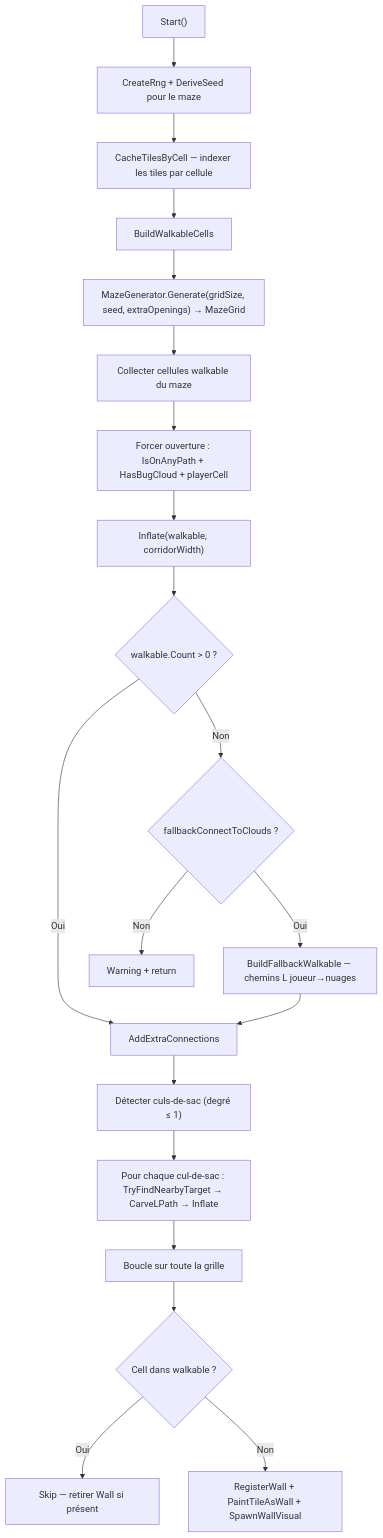
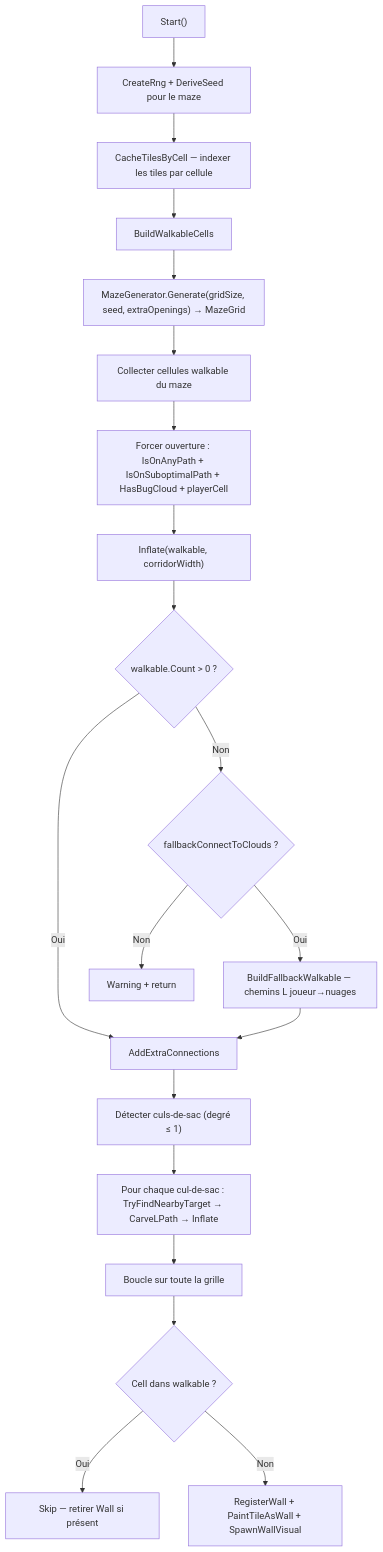
Before and after one commit to PierreChagnon/BUGS: the sixth of 16 diagrams in Docs/TDD.md, drawn with Mermaid. The commit also changed other lines of this file and 9 other files, not shown here.

Commit message:
[SUBOPTIMAL PATH] Implement suboptimal path feature with detour mechanics

````diff
--- a/Docs/TDD.md
+++ b/Docs/TDD.md
@@ -412,24 +472,24 @@
 ```mermaid
 graph TD
     A["Start()"] --> B["CreateRng + DeriveSeed pour le maze"]
     B --> C[CacheTilesByCell — indexer les tiles par cellule]
     C --> D[BuildWalkableCells]
     D --> D1["MazeGenerator.Generate(gridSize, seed, extraOpenings) → MazeGrid"]
     D1 --> D2["Collecter cellules walkable du maze"]
-    D2 --> D3["Forcer ouverture : IsOnAnyPath + HasBugCloud + playerCell"]
+    D2 --> D3["Forcer ouverture : IsOnAnyPath + IsOnSuboptimalPath + HasBugCloud + playerCell"]
     D3 --> E["Inflate(walkable, corridorWidth)"]
     E --> F{walkable.Count > 0 ?}
     F -->|Non| G{fallbackConnectToClouds ?}
     G -->|Oui| H["BuildFallbackWalkable — chemins L joueur→nuages"]
     G -->|Non| I[Warning + return]
     F -->|Oui| J[AddExtraConnections]
     H --> J
 
     J --> K["Détecter culs-de-sac (degré ≤ 1)"]
     K --> L["Pour chaque cul-de-sac : TryFindNearbyTarget → CarveLPath → Inflate"]
 
     L --> M["Boucle sur toute la grille"]
     M --> N{Cell dans walkable ?}
     N -->|Oui| O[Skip — retirer Wall si présent]
     N -->|Non| P["RegisterWall + PaintTileAsWall + SpawnWallVisual"]
 ```
````
